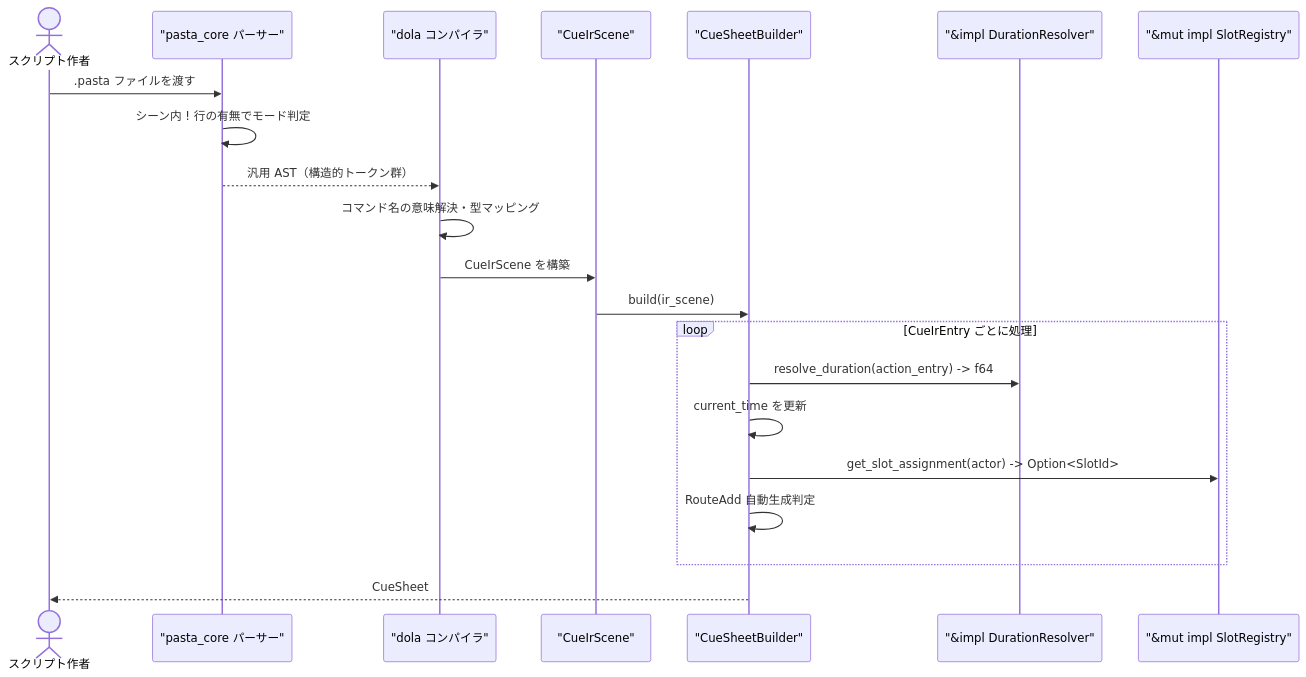
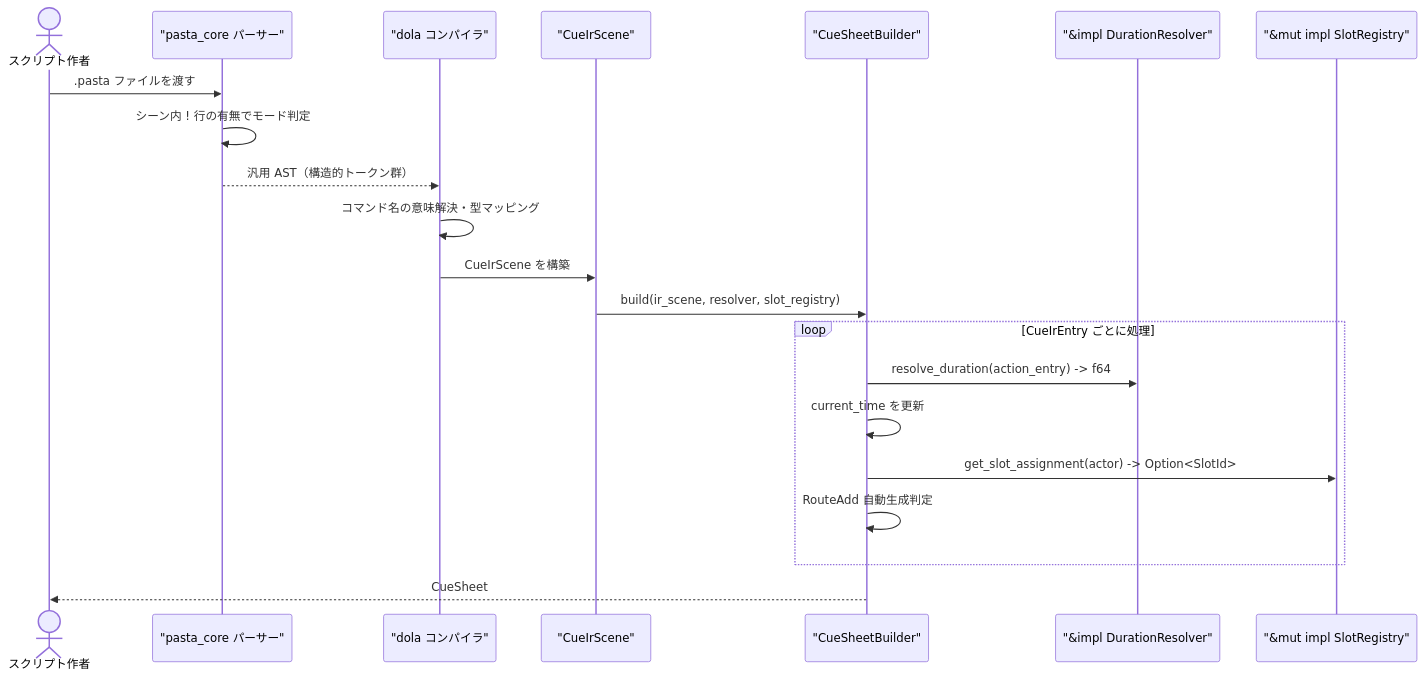
Before and after one commit to ekicyou/areka: the second of 3 diagrams in .kiro/specs/dola-cue-pasta-dsl-extension/design.md, drawn with Mermaid.

Commit message:
docs(spec): align build call notation in sequence diagram
- design.md: update sequence diagram call from build(ir_scene)
  to build(ir_scene, resolver, slot_registry)
- keep builder signature notation consistent across the document

````diff
--- a/.kiro/specs/dola-cue-pasta-dsl-extension/design.md
+++ b/.kiro/specs/dola-cue-pasta-dsl-extension/design.md
@@ -112,24 +112,24 @@
 ```mermaid
 sequenceDiagram
     actor ScriptAuthor as スクリプト作者
     participant Parser as "pasta_core パーサー"
     participant Compiler as "dola コンパイラ"
     participant IR as "CueIrScene"
     participant Builder as "CueSheetBuilder"
     participant Resolver as "&impl DurationResolver"
     participant Slots as "&mut impl SlotRegistry"
 
     ScriptAuthor ->> Parser: .pasta ファイルを渡す
     Parser ->> Parser: シーン内 ! 行の有無でモード判定
     Parser -->> Compiler: 汎用 AST（構造的トークン群）
     Compiler ->> Compiler: コマンド名の意味解決・型マッピング
     Compiler ->> IR: CueIrScene を構築
-    IR ->> Builder: build(ir_scene)
+        IR ->> Builder: build(ir_scene, resolver, slot_registry)
     loop CueIrEntry ごとに処理
         Builder ->> Resolver: resolve_duration(action_entry) -> f64
         Builder ->> Builder: current_time を更新
         Builder ->> Slots: get_slot_assignment(actor) -> Option<SlotId>
         Builder ->> Builder: RouteAdd 自動生成判定
     end
     Builder -->> ScriptAuthor: CueSheet
 ```
````
